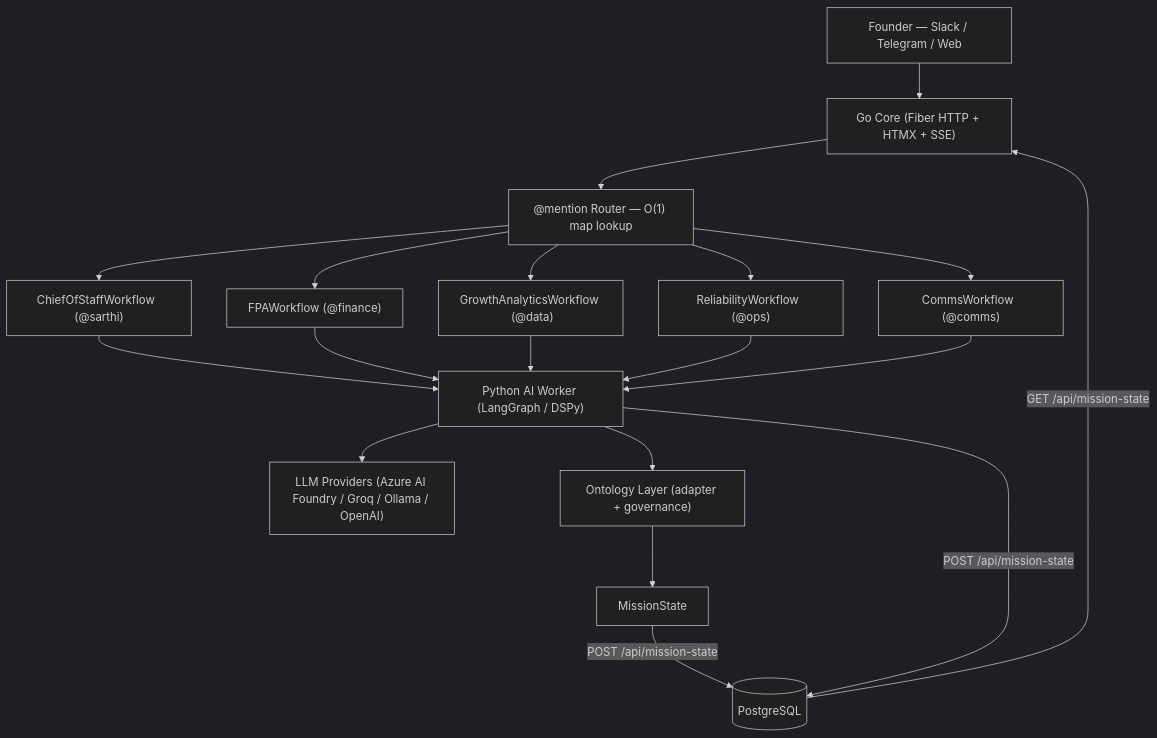
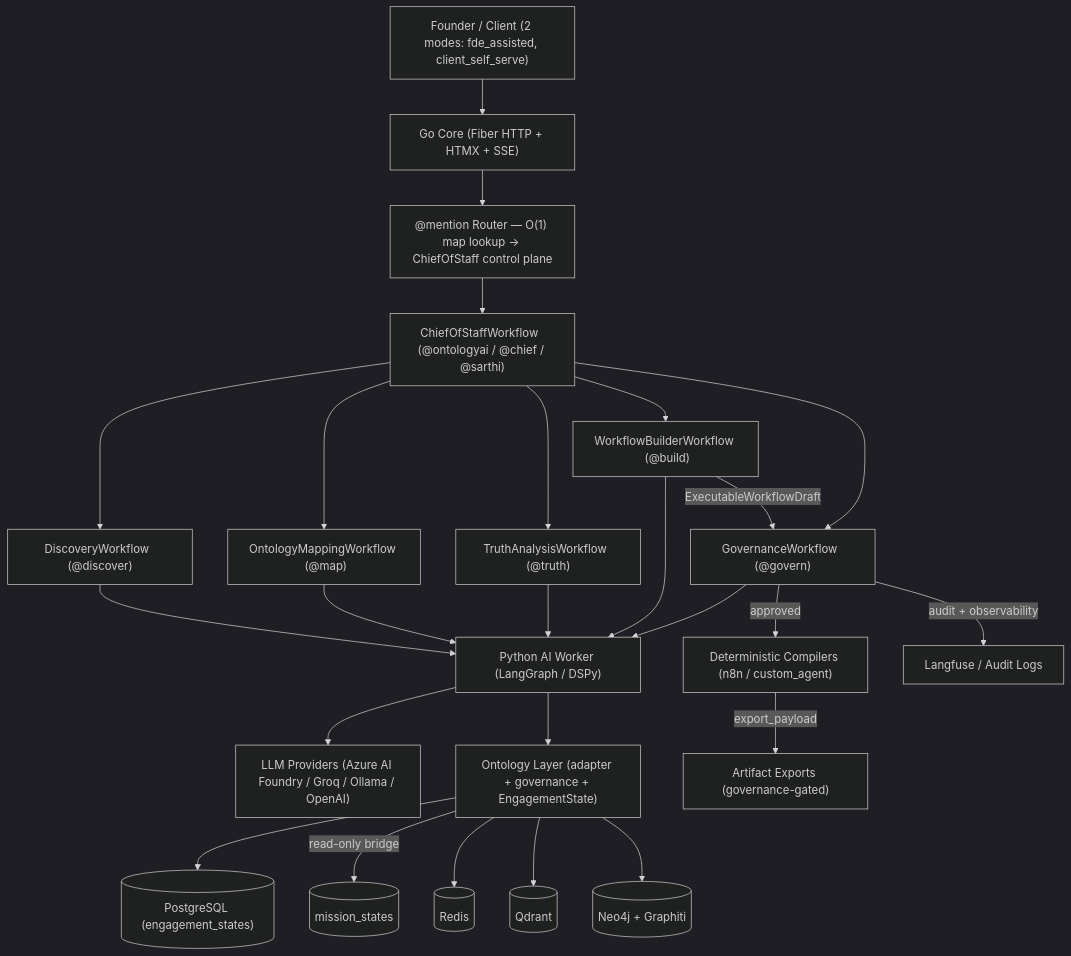
One commit to Aparnap2/Ontology_AI changed the first of 3 diagrams in README.md. Above: the diagram before and after it, drawn with Mermaid (dark theme). The commit also changed other lines of this file and 53 other files, not shown here.

First line of the commit message:
feat(ontologyai-v5.1): implement V5.1 FDE companion + multi-agent FDE OS

````diff
--- a/README.md
+++ b/README.md
@@ -55,21 +66,27 @@
 ```mermaid
 flowchart TD
-    U["Founder — Slack / Telegram / Web"] --> CORE["Go Core (Fiber HTTP + HTMX + SSE)"]
-    CORE --> ROUTER["@mention Router — O(1) map lookup"]
-    ROUTER --> W1["ChiefOfStaffWorkflow  (@sarthi)"]
-    ROUTER --> W2["FPAWorkflow  (@finance)"]
-    ROUTER --> W3["GrowthAnalyticsWorkflow  (@data)"]
-    ROUTER --> W4["ReliabilityWorkflow  (@ops)"]
-    ROUTER --> W5["CommsWorkflow  (@comms)"]
-    W1 --> PY["Python AI Worker (LangGraph / DSPy)"]
-    W2 --> PY
-    W3 --> PY
-    W4 --> PY
-    W5 --> PY
+    U["Founder / Client (2 modes: fde_assisted, client_self_serve)"] --> CORE["Go Core (Fiber HTTP + HTMX + SSE)"]
+    CORE --> ROUTER["@mention Router — O(1) map lookup → ChiefOfStaff control plane"]
+    ROUTER --> COS["ChiefOfStaffWorkflow  (@ontologyai / @chief / @sarthi)"]
+    COS --> DISC["DiscoveryWorkflow  (@discover)"]
+    COS --> MAP["OntologyMappingWorkflow  (@map)"]
+    COS --> TRUTH["TruthAnalysisWorkflow  (@truth)"]
+    COS --> BUILD["WorkflowBuilderWorkflow  (@build)"]
+    COS --> GOV["GovernanceWorkflow  (@govern)"]
+    DISC --> PY["Python AI Worker (LangGraph / DSPy)"]
+    MAP --> PY
+    TRUTH --> PY
+    BUILD --> PY
+    GOV --> PY
     PY --> LLM["LLM Providers (Azure AI Foundry / Groq / Ollama / OpenAI)"]
-    PY --> ONTO["Ontology Layer (adapter + governance)"]
-    ONTO --> MS["MissionState"]
-    MS -->|"POST /api/mission-state"| PG[("PostgreSQL")]
-    PY -->|"POST /api/mission-state"| PG
-    PG -->|"GET /api/mission-state"| CORE
+    PY --> ONTO["Ontology Layer (adapter + governance + EngagementState)"]
+    ONTO --> PG[("PostgreSQL (engagement_states)")]
+    ONTO -->|"read-only bridge"| MS[("mission_states")]
+    ONTO --> REDIS[("Redis")]
+    ONTO --> QDRANT[("Qdrant")]
+    ONTO --> GRAPH[("Neo4j + Graphiti")]
+    BUILD -->|"ExecutableWorkflowDraft"| GOV
+    GOV -->|"approved"| COMP["Deterministic Compilers (n8n / custom_agent)"]
+    COMP -->|"export_payload"| EXPORT["Artifact Exports (governance-gated)"]
+    GOV -->|"audit + observability"| OBS["Langfuse / Audit Logs"]
 ```
````
